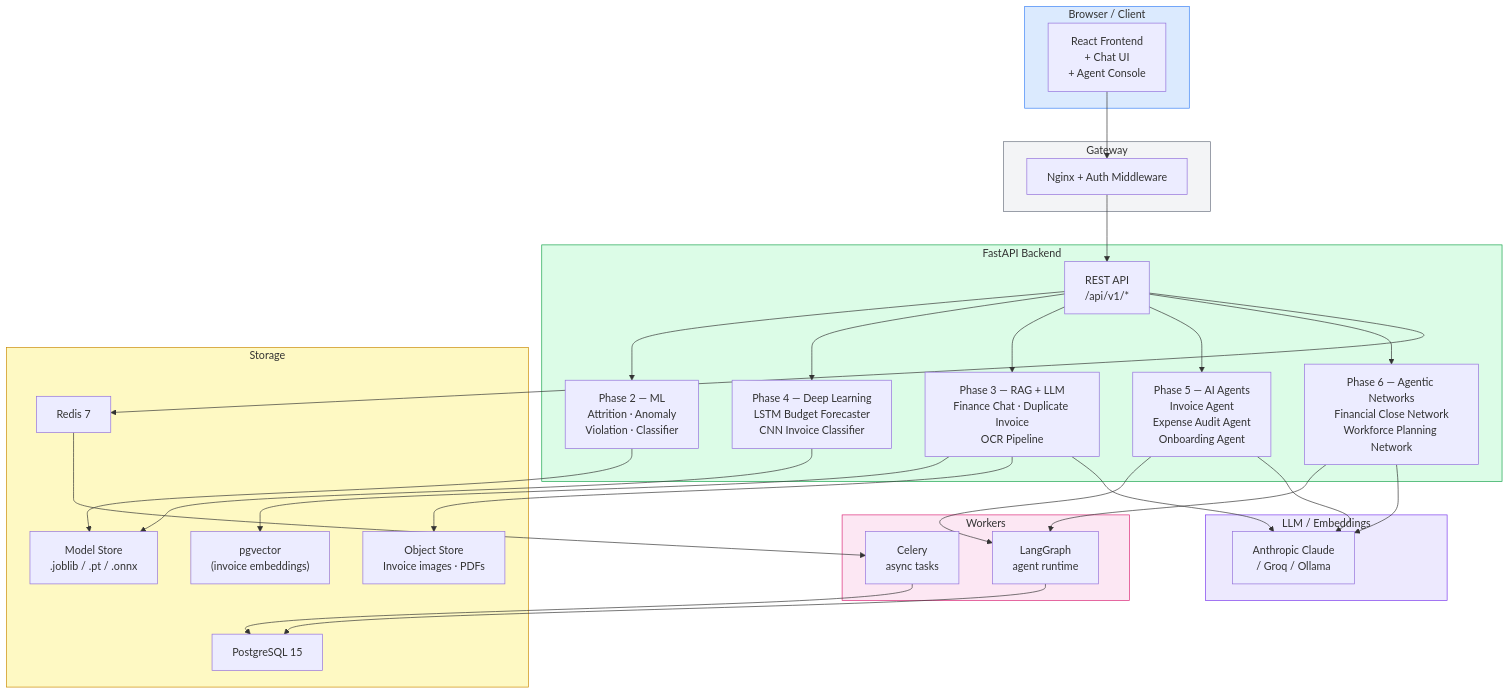
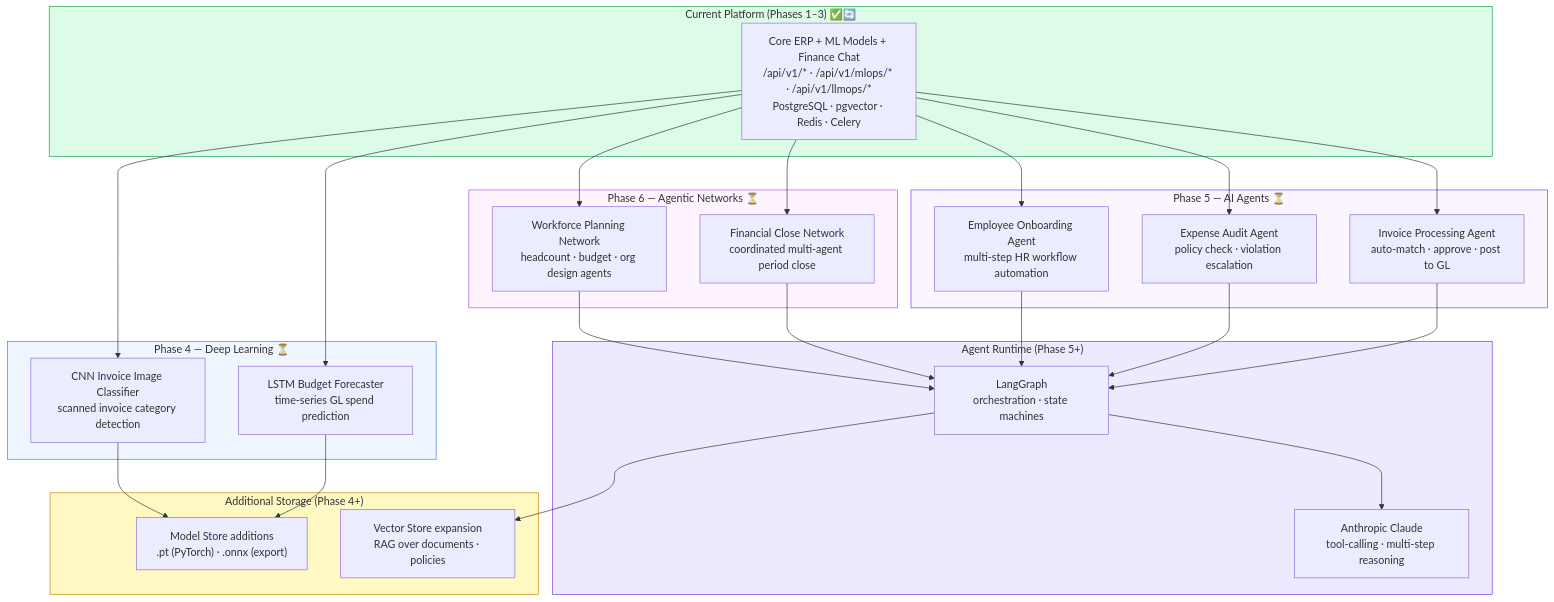
The second of 2 diagrams in README.md (deepakkumarsray2026-dev/mini-erp), drawn with Mermaid before and after one commit. The commit also changed other lines of this file, not shown here.

````diff
--- a/README.md
+++ b/README.md
@@ -102,52 +104,48 @@
 ```mermaid
 graph TB
-    subgraph Client["Browser / Client"]
-        FE["React Frontend\n+ Chat UI\n+ Agent Console"]
+    subgraph Current["Current Platform (Phases 1–3)  ✅🔄"]
+        PLAT["Core ERP + ML Models + Finance Chat\n/api/v1/* · /api/v1/mlops/* · /api/v1/llmops/*\nPostgreSQL · pgvector · Redis · Celery"]
     end
 
-    subgraph Gateway["Gateway"]
-        NG["Nginx + Auth Middleware"]
+    subgraph P4["Phase 4 — Deep Learning  ⏳"]
+        LSTM["LSTM Budget Forecaster\ntime-series GL spend prediction"]
+        CNN["CNN Invoice Image Classifier\nscanned invoice category detection"]
     end
 
-    subgraph Backend["FastAPI Backend"]
-        API["REST API\n/api/v1/*"]
-        ML["Phase 2 — ML\nAttrition · Anomaly\nViolation · Classifier"]
-        DL["Phase 4 — Deep Learning\nLSTM Budget Forecaster\nCNN Invoice Classifier"]
-        RAG["Phase 3 — RAG + LLM\nFinance Chat · Duplicate Invoice\nOCR Pipeline"]
-        AGT["Phase 5 — AI Agents\nInvoice Agent\nExpense Audit Agent\nOnboarding Agent"]
-        NET["Phase 6 — Agentic Networks\nFinancial Close Network\nWorkforce Planning Network"]
+    subgraph P5["Phase 5 — AI Agents  ⏳"]
+        AINV["Invoice Processing Agent\nauto-match · approve · post to GL"]
+        AEXP["Expense Audit Agent\npolicy check · violation escalation"]
+        AONB["Employee Onboarding Agent\nmulti-step HR workflow automation"]
     end
 
-    subgraph Storage["Storage"]
-        PG["PostgreSQL 15"]
-        RD["Redis 7"]
-        FS["Model Store\n.joblib / .pt / .onnx"]
-        VDB["pgvector\n(invoice embeddings)"]
-        OBJ["Object Store\nInvoice images · PDFs"]
+    subgraph P6["Phase 6 — Agentic Networks  ⏳"]
+        AFIN["Financial Close Network\ncoordinated multi-agent period close"]
+        AWFP["Workforce Planning Network\nheadcount · budget · org design agents"]
     end
 
-    subgraph LLM["LLM / Embeddings"]
-        LLM_API["Anthropic Claude\n/ Groq / Ollama"]
+    subgraph NewStorage["Additional Storage (Phase 4+)"]
+        MS["Model Store additions\n.pt (PyTorch) · .onnx (export)"]
+        VS["Vector Store expansion\nRAG over documents · policies"]
     end
 
-    subgraph Workers["Workers"]
-        CW["Celery\nasync tasks"]
-        LG["LangGraph\nagent runtime"]
+    subgraph AgentRuntime["Agent Runtime (Phase 5+)"]
+        LG["LangGraph\norchestration · state machines"]
+        LLM_A["Anthropic Claude\ntool-calling · multi-step reasoning"]
     end
 
-    FE --> NG --> API
-    API --> ML & DL & RAG & AGT & NET
-    ML & DL --> FS
-    RAG --> VDB & OBJ & LLM_API
-    AGT --> LG & LLM_API
-    NET --> LG & LLM_API
-    API --> RD --> CW
-    CW & LG --> PG
+    PLAT --> LSTM & CNN
+    PLAT --> AINV & AEXP & AONB
+    PLAT --> AFIN & AWFP
+    LSTM & CNN --> MS
+    AINV & AEXP & AONB --> LG
+    AFIN & AWFP --> LG
+    LG --> LLM_A
+    LG --> VS
 
-    style Client fill:#dbeafe,stroke:#3b82f6
-    style Backend fill:#dcfce7,stroke:#16a34a
-    style Storage fill:#fef9c3,stroke:#ca8a04
-    style Workers fill:#fce7f3,stroke:#db2777
-    style LLM fill:#ede9fe,stroke:#7c3aed
-    style Gateway fill:#f3f4f6,stroke:#6b7280
+    style Current fill:#dcfce7,stroke:#16a34a
+    style P4 fill:#eff6ff,stroke:#3b82f6
+    style P5 fill:#faf5ff,stroke:#7c3aed
+    style P6 fill:#fdf4ff,stroke:#a855f7
+    style NewStorage fill:#fef9c3,stroke:#ca8a04
+    style AgentRuntime fill:#ede9fe,stroke:#7c3aed
 ```
````
